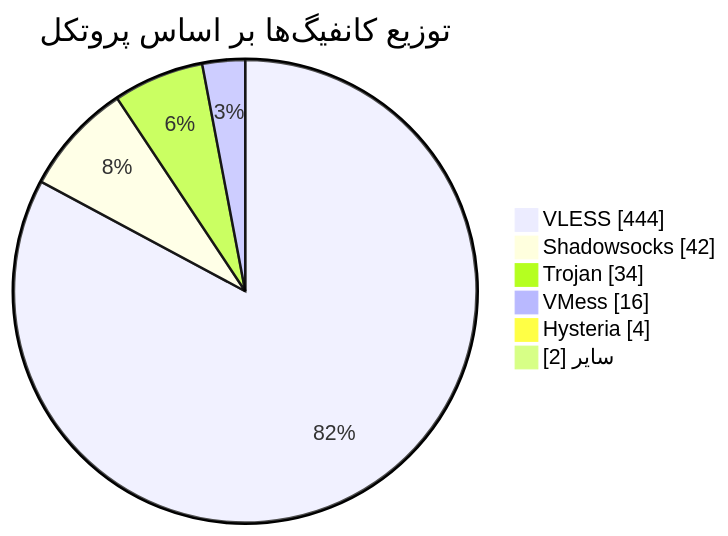
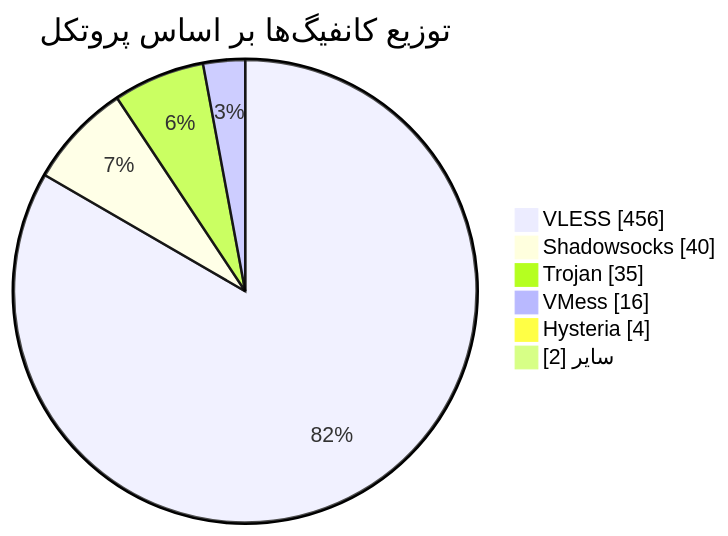
One commit to Arian-Alijani/Somthing changed the diagram in README.md. Above: the diagram before and after it, drawn with Mermaid. The commit also changed other lines of this file and 77 other files, not shown here.

````diff
--- a/README.md
+++ b/README.md
@@ -48,10 +48,10 @@
 ```mermaid
 pie showData
     title توزیع کانفیگ‌ها بر اساس پروتکل
-    "VLESS" : 444
-    "Shadowsocks" : 42
-    "Trojan" : 34
+    "VLESS" : 456
+    "Shadowsocks" : 40
+    "Trojan" : 35
     "VMess" : 16
     "Hysteria" : 4
     "سایر" : 2
 ```
````
